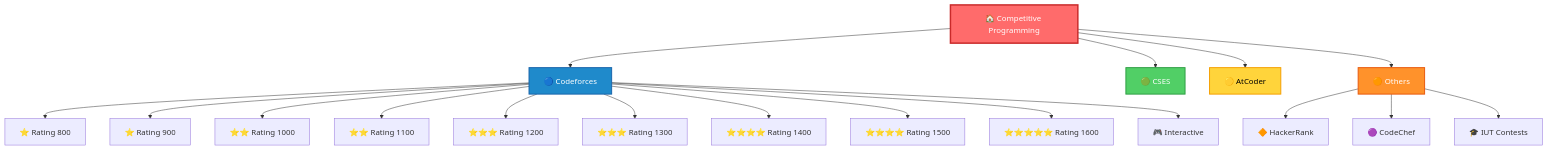
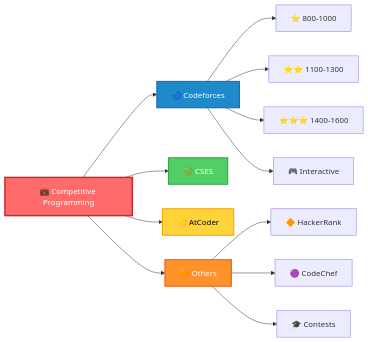
Before and after one commit to Tanvir-136/Competitive-Programming: the diagram in README.md, drawn with Mermaid. The commit also changed other lines of this file, not shown here.

````diff
--- a/README.md
+++ b/README.md
@@ -101,28 +94,22 @@
 ```mermaid
-graph TB
-    A[🏠 Competitive Programming] --> B[🔵 Codeforces]
+graph LR
+    A[💼 Competitive Programming] --> B[🔵 Codeforces]
     A --> C[🟢 CSES]
     A --> D[🟡 AtCoder]
     A --> E[🟠 Others]
     
-    B --> B1[⭐ Rating 800]
-    B --> B2[⭐ Rating 900]
-    B --> B3[⭐⭐ Rating 1000]
-    B --> B4[⭐⭐ Rating 1100]
-    B --> B5[⭐⭐⭐ Rating 1200]
-    B --> B6[⭐⭐⭐ Rating 1300]
-    B --> B7[⭐⭐⭐⭐ Rating 1400]
-    B --> B8[⭐⭐⭐⭐ Rating 1500]
-    B --> B9[⭐⭐⭐⭐⭐ Rating 1600]
-    B --> B10[🎮 Interactive]
+    B --> B1[⭐ 800-1000]
+    B --> B2[⭐⭐ 1100-1300]
+    B --> B3[⭐⭐⭐ 1400-1600]
+    B --> B4[🎮 Interactive]
     
     E --> E1[🔶 HackerRank]
     E --> E2[🟣 CodeChef]
-    E --> E3[🎓 IUT Contests]
+    E --> E3[🎓 Contests]
     
     style A fill:#ff6b6b,stroke:#c92a2a,stroke-width:3px,color:#fff
     style B fill:#1f8acb,stroke:#1864ab,stroke-width:2px,color:#fff
     style C fill:#51cf66,stroke:#2f9e44,stroke-width:2px,color:#fff
     style D fill:#ffd43b,stroke:#f59f00,stroke-width:2px,color:#000
     style E fill:#ff922b,stroke:#e8590c,stroke-width:2px,color:#fff
 ```
````
